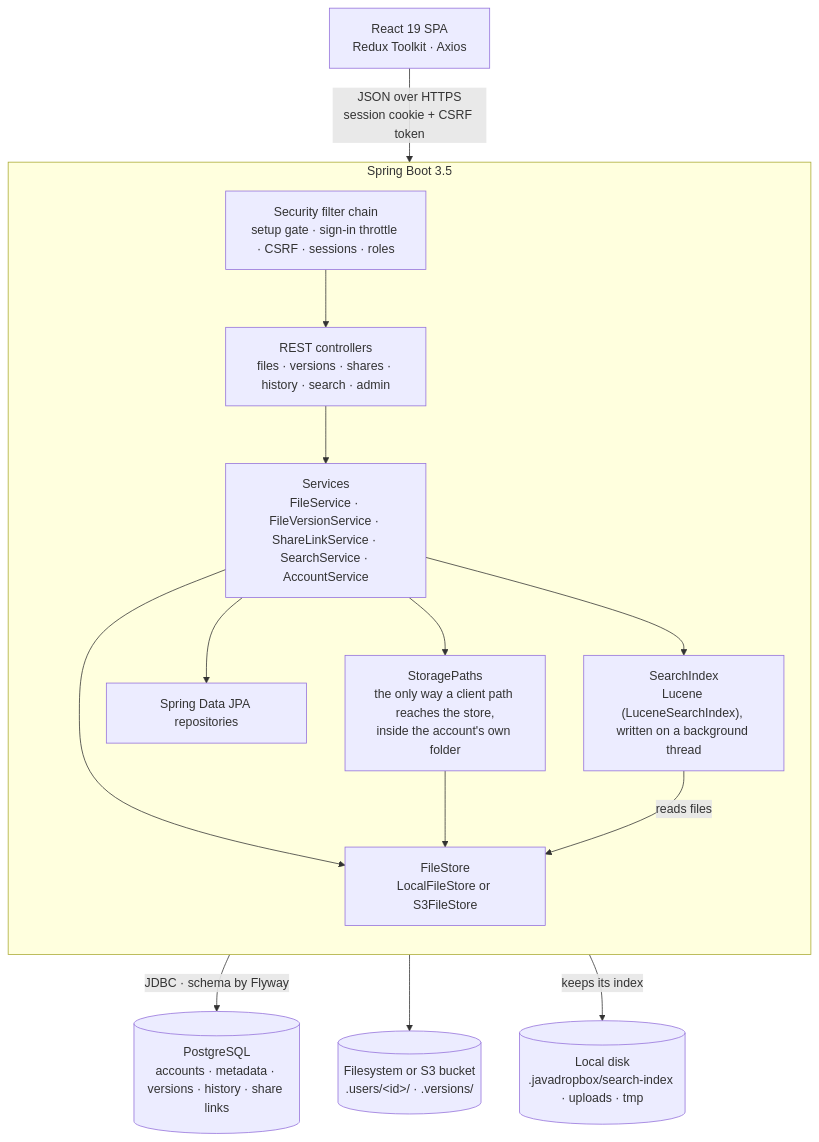
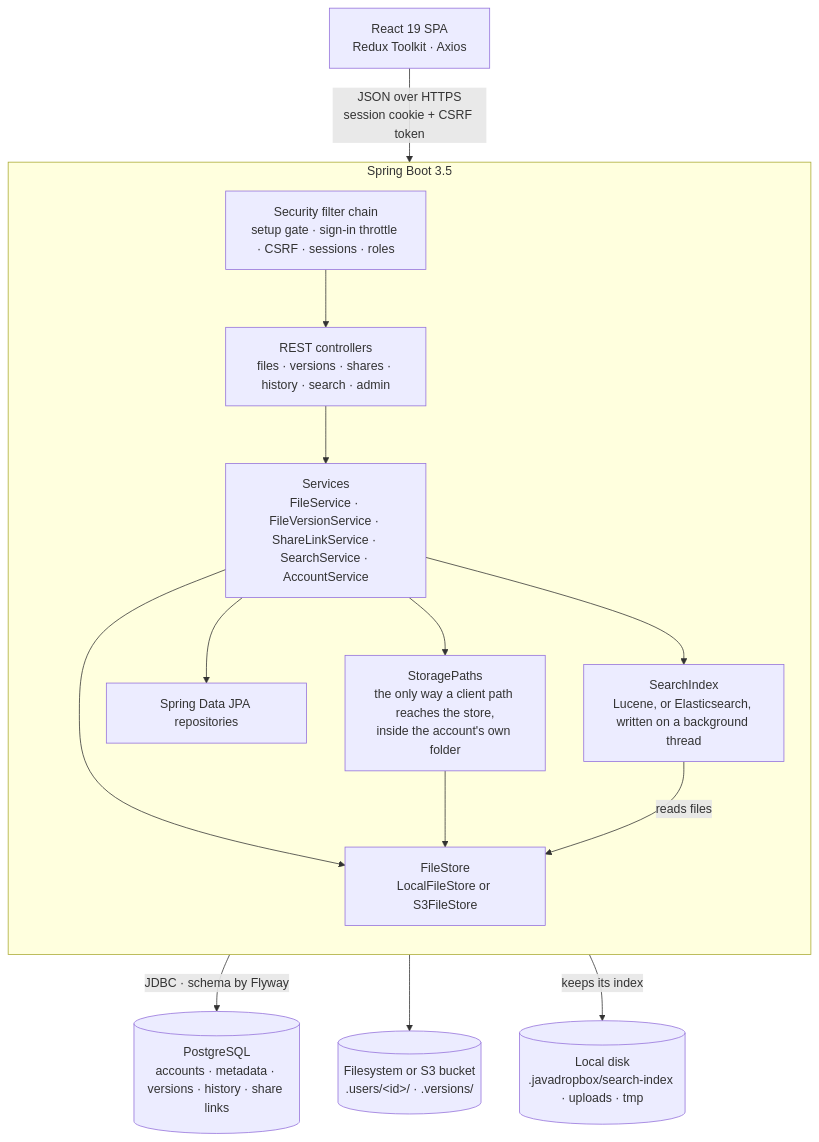
Before and after one commit to mevcaus/JavaDropbox: the first of 6 diagrams in README.md, drawn with Mermaid. The commit also changed other lines of this file and 9 other files, not shown here.

````diff
--- a/README.md
+++ b/README.md
@@ -54,31 +54,31 @@
 ```mermaid
 flowchart TB
     Browser["React 19 SPA<br/>Redux Toolkit · Axios"]
 
     subgraph App["Spring Boot 3.5"]
         direction TB
         Security["Security filter chain<br/>setup gate · sign-in throttle · CSRF · sessions · roles"]
         Controllers["REST controllers<br/>files · versions · shares · history · search · admin"]
         Services["Services<br/>FileService · FileVersionService · ShareLinkService · SearchService · AccountService"]
-        Index["SearchIndex<br/>Lucene (LuceneSearchIndex), written on a background thread"]
+        Index["SearchIndex<br/>Lucene, or Elasticsearch, written on a background thread"]
         Paths["StoragePaths<br/>the only way a client path reaches the store,<br/>inside the account's own folder"]
         Store["FileStore<br/>LocalFileStore or S3FileStore"]
         Repos["Spring Data JPA repositories"]
         Security --> Controllers --> Services
         Services --> Paths
         Services --> Store
         Services --> Repos
         Services --> Index
         Paths --> Store
         Index -- "reads files" --> Store
     end
 
     DB[("PostgreSQL<br/>accounts · metadata · versions · history · share links")]
     Files[("Filesystem or S3 bucket<br/>.users/&lt;id&gt;/ · .versions/")]
     Disk[("Local disk<br/>.javadropbox/search-index · uploads · tmp")]
 
     Browser -- "JSON over HTTPS<br/>session cookie + CSRF token" --> Security
     Repos -- "JDBC · schema by Flyway" --> DB
     Store --> Files
     Index -- "keeps its index" --> Disk
 ```
````
